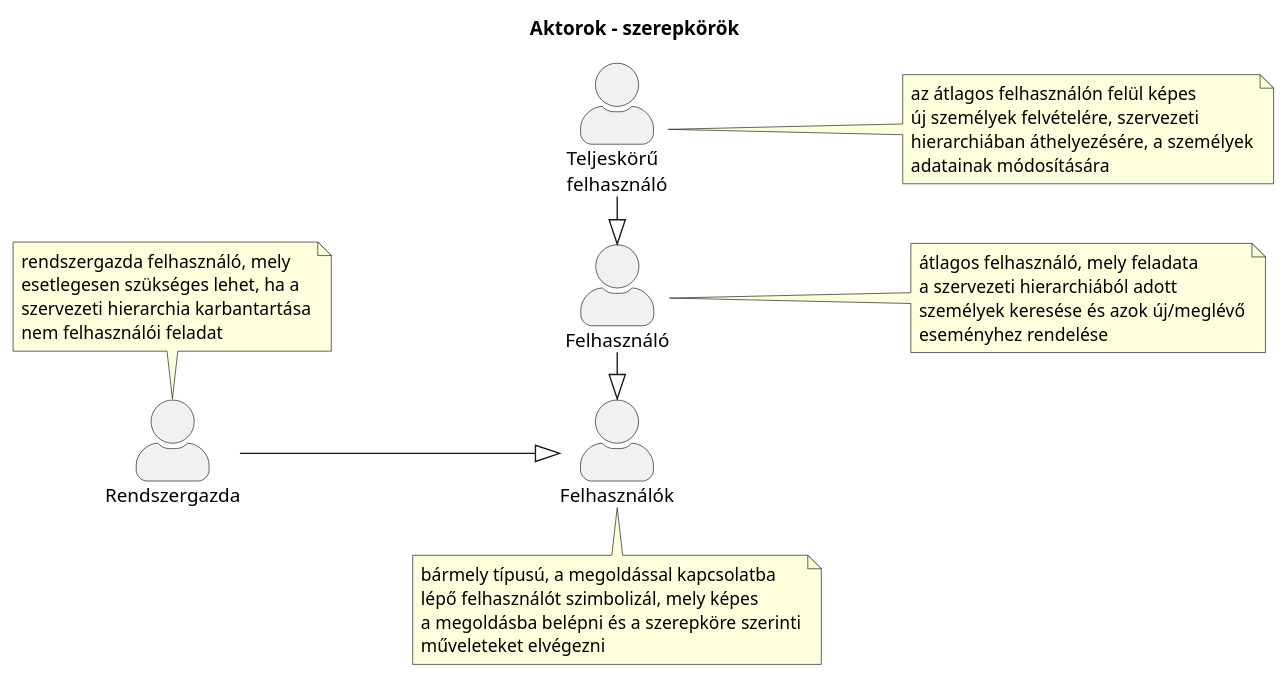
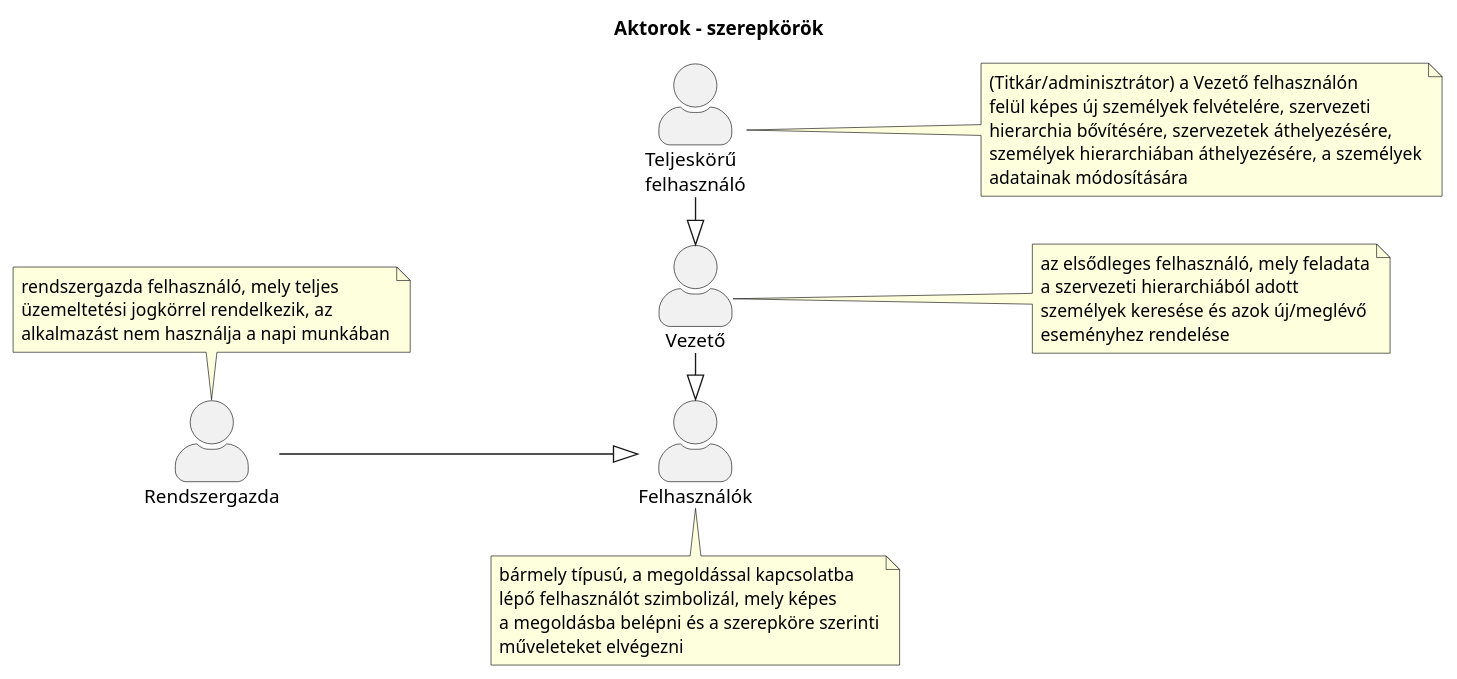
Before and after one commit to Vibenk/LilaElefant: the diagram in Aktorok.puml, drawn with PlantUML. The commit also changed 3 other files, not shown here.

```diff
--- a/Aktorok.puml
+++ b/Aktorok.puml
@@ -1,43 +1,43 @@
 @startuml
 
 title Aktorok - szerepkörök
 
 skinparam actorStyle awesome
 left to right direction
 
 "Teljeskörű \nfelhasználó" as SuperUser
-"Felhasználó" as User
+"Vezető" as User
 "Felhasználók" as Users
 "Rendszergazda" as Admin
 
     Admin --|> Users
     note top of Admin
-        rendszergazda felhasználó, mely
-        esetlegesen szükséges lehet, ha a
-        szervezeti hierarchia karbantartása
-        nem felhasználói feladat
+        rendszergazda felhasználó, mely teljes
+        üzemeltetési jogkörrel rendelkezik, az
+        alkalmazást nem használja a napi munkában
     end note
     User -|> Users
     note right of User
-        átlagos felhasználó, mely feladata
+        az elsődleges felhasználó, mely feladata
         a szervezeti hierarchiából adott
         személyek keresése és azok új/meglévő
         eseményhez rendelése
     end note
     SuperUser -|> User
     note right of SuperUser
-        az átlagos felhasználón felül képes
-        új személyek felvételére, szervezeti
-        hierarchiában áthelyezésére, a személyek
+        (Titkár/adminisztrátor) a Vezető felhasználón
+        felül képes új személyek felvételére, szervezeti
+        hierarchia bővítésére, szervezetek áthelyezésére, 
+        személyek hierarchiában áthelyezésére, a személyek
         adatainak módosítására
     end note
     note bottom of Users
         bármely típusú, a megoldással kapcsolatba
         lépő felhasználót szimbolizál, mely képes
         a megoldásba belépni és a szerepköre szerinti
         műveleteket elvégezni
     end note
 
 
 
 @enduml
```
